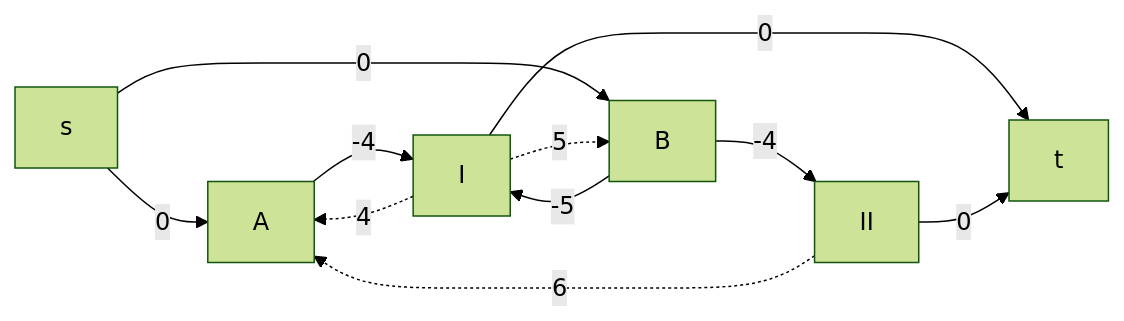
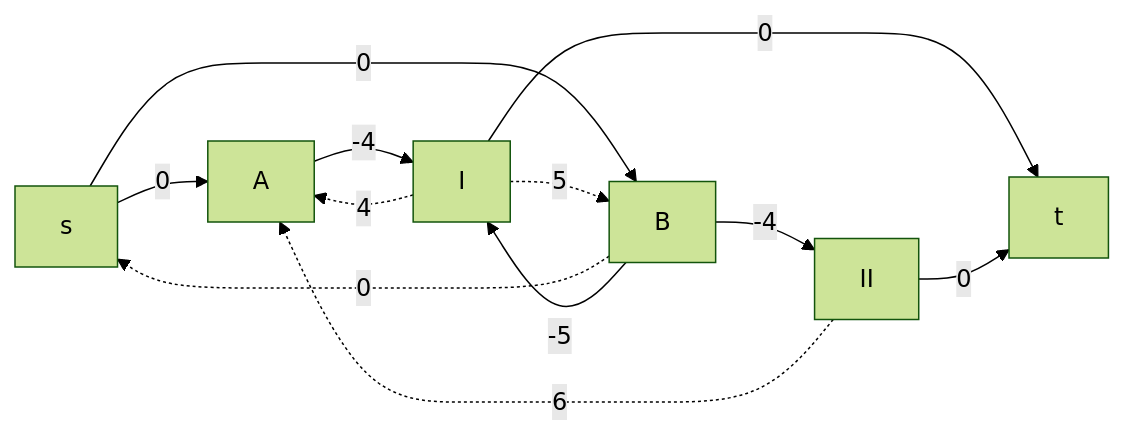
The seventh of 8 diagrams in task-11-plus/tbd.md (hse-algo-24-raven/manual-tasks-raven), drawn with Mermaid (forest theme) before and after one commit. The commit also changed other lines of this file, not shown here.

````diff
--- a/task-11-plus/tbd.md
+++ b/task-11-plus/tbd.md
@@ -102,13 +101,14 @@
 ```mermaid
 graph LR
     s-->|0|A
     s-->|0|B
+    B-.->|0|s
     A-->|-4|I
     I-.->|4|A
     II-.->|6|A
     B-->|-5|I
     I-.->|5|B
     B-->|-4|II
     I-->|0|t
     II-->|0|t
 ```
````
